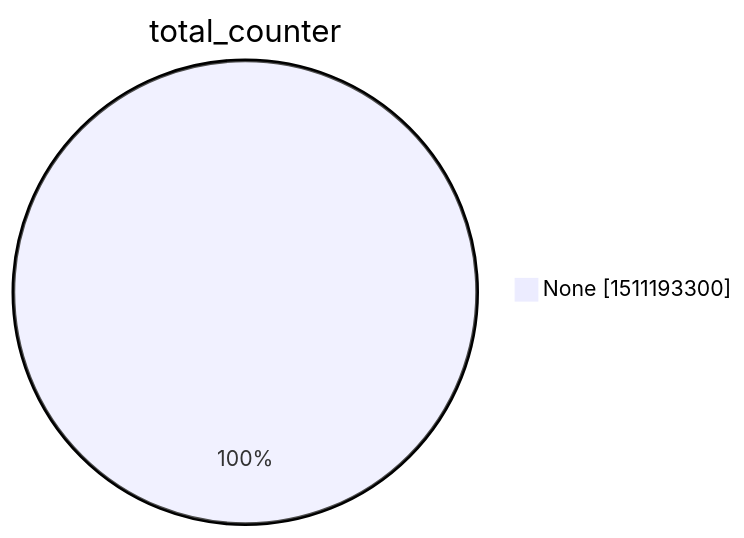
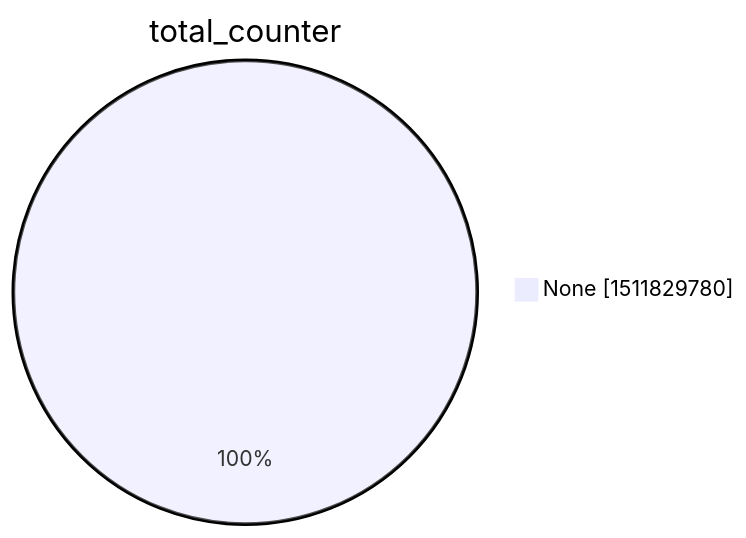
The second of 15 diagrams in argon2022/README.md (christiankrug/ctmonitor_visualization), drawn with Mermaid before and after one commit. The commit also changed other lines of this file, not shown here.

````diff
--- a/argon2022/README.md
+++ b/argon2022/README.md
@@ -9,5 +9,5 @@
 ```mermaid
 pie showData
 title total_counter
-"None" :1511193300
+"None" :1511829780
 ```
````
